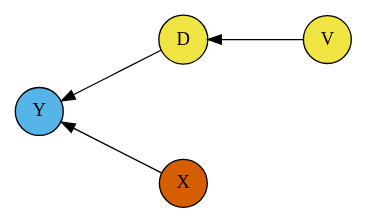
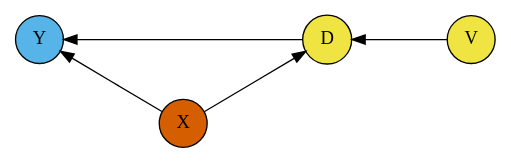
The diagram in doc/shared/causal_graphs/plr_irm_causal_graph.rst (DoubleML/doubleml-docs), drawn with Graphviz before and after one commit.

Commit message:
add missing edge

```diff
--- a/doc/shared/causal_graphs/plr_irm_causal_graph.rst
+++ b/doc/shared/causal_graphs/plr_irm_causal_graph.rst
@@ -1,17 +1,18 @@
 .. graphviz::
    :align: center
    :caption: Causal diagram
 
    digraph {
         nodesep=1;
         ranksep=1;
         rankdir=LR;
         { node [shape=circle, style=filled]
           Y [fillcolor="#56B4E9"]
           D [fillcolor="#F0E442"]
           V [fillcolor="#F0E442"]
           X [fillcolor="#D55E00"]
         }
         Y -> D -> V [dir="back"];
+        X -> D;
         Y -> X [dir="back"];
    }
```
